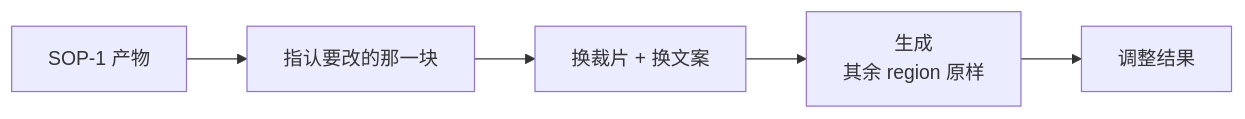
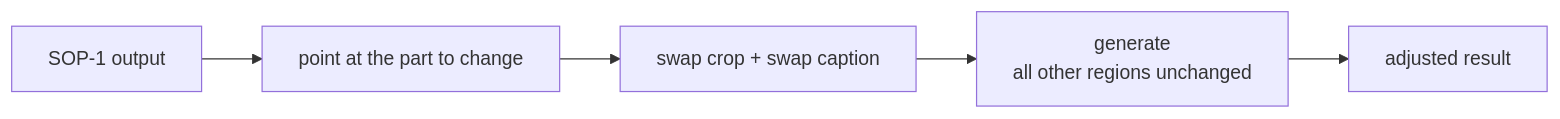
Before and after one commit to blackll7/moss-image-edit-advanced: the second of 3 diagrams in README.md, drawn with Mermaid. The commit also changed other lines of this file and 2 other files, not shown here.

````diff
--- a/README.md
+++ b/README.md
@@ -369,7 +309,7 @@
 ```mermaid
 flowchart LR
-  S1[SOP-1 产物] --> K["指认要改的那一块"]
-  K --> N["换裁片 + 换文案"]
-  N --> G["生成<br/>其余 region 原样"]
-  G --> O[调整结果]
+  S1[SOP-1 output] --> K["point at the part to change"]
+  K --> N["swap crop + swap caption"]
+  N --> G["generate<br/>all other regions unchanged"]
+  G --> O[adjusted result]
 ```
````
